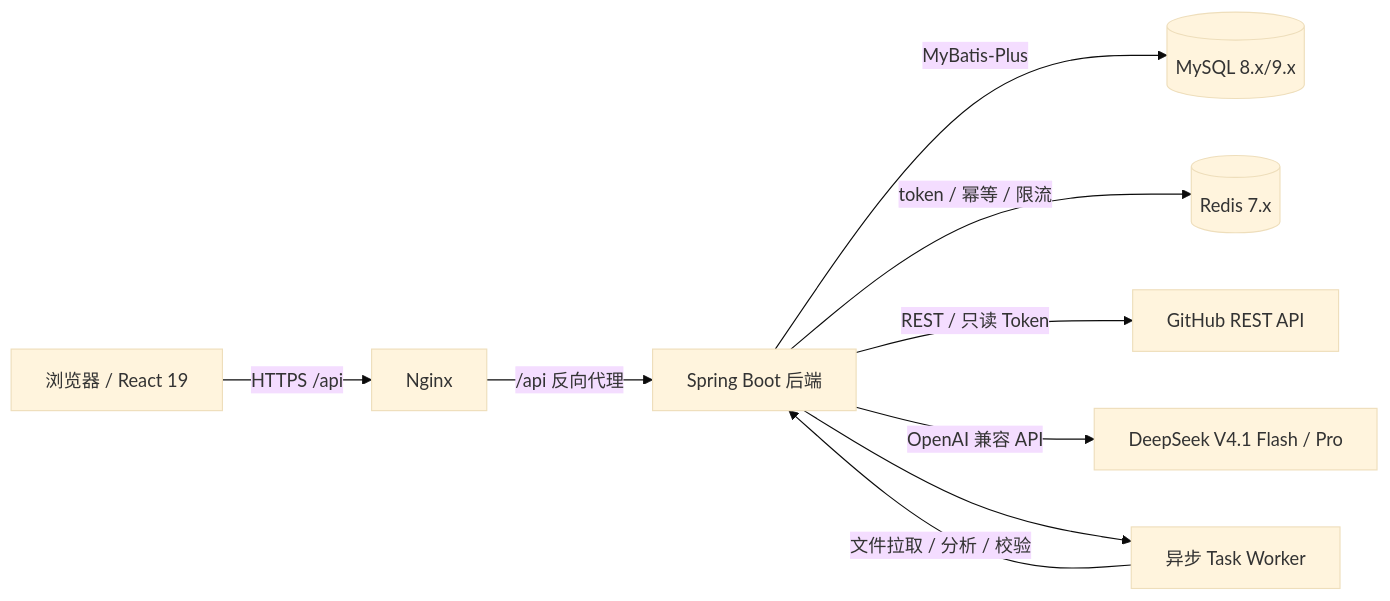
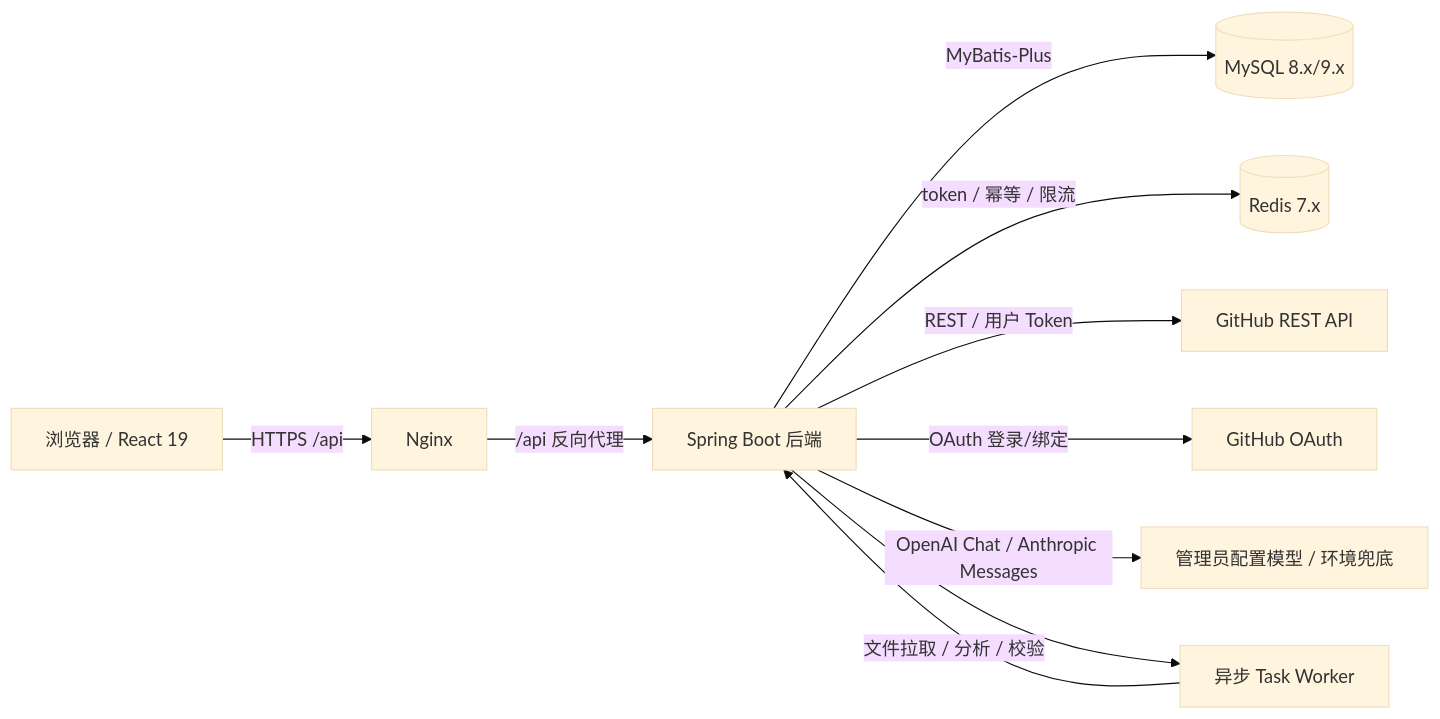
One commit to element-17/ai-pr-review changed the first of 7 diagrams in docs/答辩/后端架构与数据图.md. Above: the diagram before and after it, drawn with Mermaid (base theme). The commit also changed other lines of this file and 7 other files, not shown here.

First line of the commit message:
docs: 更新答辩材料中的 GitHub 登录与模型配置口径

````diff
--- a/docs/答辩/后端架构与数据图.md
+++ b/docs/答辩/后端架构与数据图.md
@@ -7,11 +7,12 @@
 ```mermaid
 flowchart LR
   U[浏览器 / React 19] -->|HTTPS /api| N[Nginx]
   N -->|/api 反向代理| B[Spring Boot 后端]
   B -->|MyBatis-Plus| DB[(MySQL 8.x/9.x)]
   B -->|token / 幂等 / 限流| R[(Redis 7.x)]
-  B -->|REST / 只读 Token| GH[GitHub REST API]
-  B -->|OpenAI 兼容 API| AI[DeepSeek V4.1 Flash / Pro]
+  B -->|REST / 用户 Token| GH[GitHub REST API]
+  B -->|OAuth 登录/绑定| OA[GitHub OAuth]
+  B -->|OpenAI Chat / Anthropic Messages| AI[管理员配置模型 / 环境兜底]
   B --> W[异步 Task Worker]
   W -->|文件拉取 / 分析 / 校验| B
 ```
````
